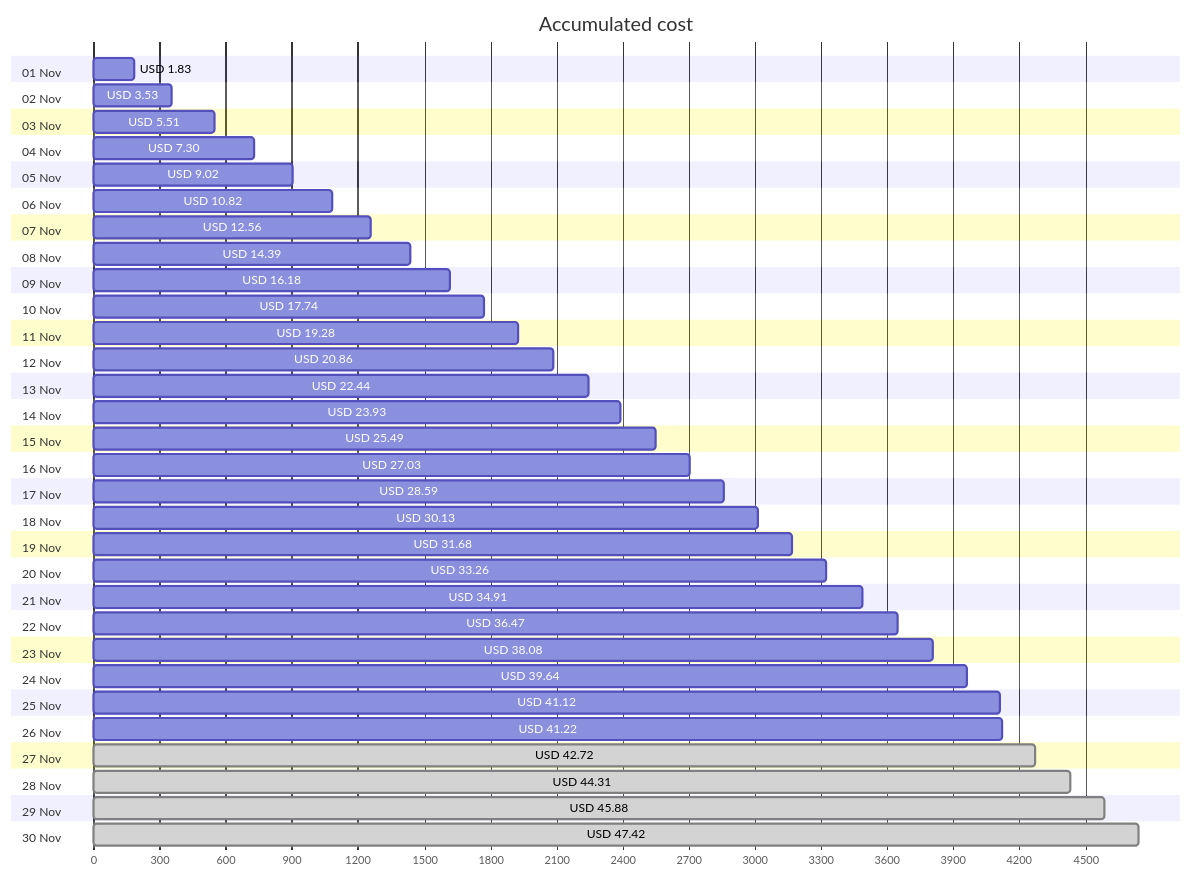
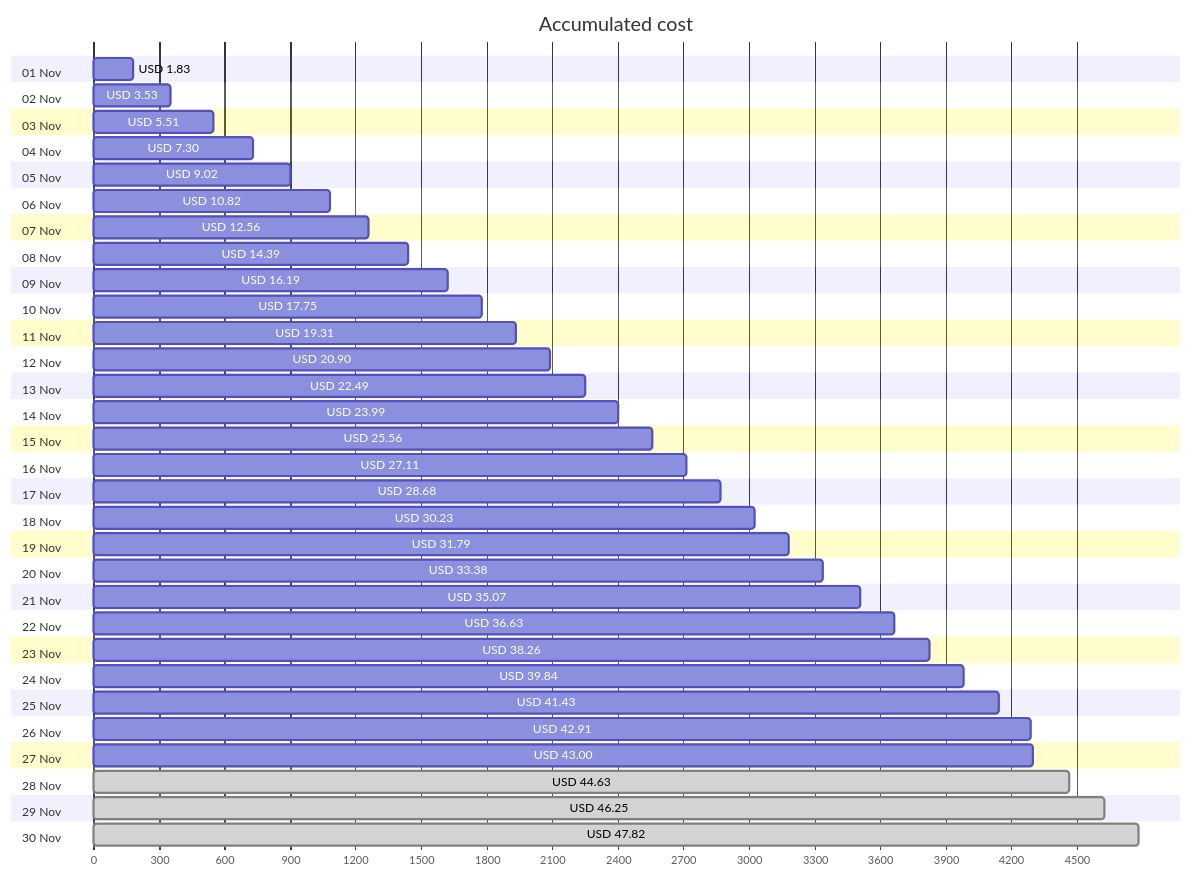
The first of 4 diagrams in cost-reports/personal-network/README.md (jpfulton/azure-personal-reports), drawn with Mermaid before and after one commit. The commit also changed other lines of this file and 8 other files, not shown here.

````diff
--- a/cost-reports/personal-network/README.md
+++ b/cost-reports/personal-network/README.md
@@ -20,66 +20,66 @@
 ```mermaid
 gantt
    title Accumulated cost
    dateFormat  X
    axisFormat %s
    section 01 Nov
    USD 1.83 :0, 183
    section 02 Nov
    USD 3.53 :0, 353
    section 03 Nov
    USD 5.51 :0, 551
    section 04 Nov
    USD 7.30 :0, 730
    section 05 Nov
    USD 9.02 :0, 902
    section 06 Nov
    USD 10.82 :0, 1082
    section 07 Nov
    USD 12.56 :0, 1256
    section 08 Nov
    USD 14.39 :0, 1439
    section 09 Nov
-   USD 16.18 :0, 1618
+   USD 16.19 :0, 1619
    section 10 Nov
-   USD 17.74 :0, 1774
+   USD 17.75 :0, 1775
    section 11 Nov
-   USD 19.28 :0, 1928
+   USD 19.31 :0, 1931
    section 12 Nov
-   USD 20.86 :0, 2086
+   USD 20.90 :0, 2090
    section 13 Nov
-   USD 22.44 :0, 2244
+   USD 22.49 :0, 2249
    section 14 Nov
-   USD 23.93 :0, 2393
+   USD 23.99 :0, 2399
    section 15 Nov
-   USD 25.49 :0, 2549
+   USD 25.56 :0, 2556
    section 16 Nov
-   USD 27.03 :0, 2703
+   USD 27.11 :0, 2711
    section 17 Nov
-   USD 28.59 :0, 2859
+   USD 28.68 :0, 2868
    section 18 Nov
-   USD 30.13 :0, 3013
+   USD 30.23 :0, 3023
    section 19 Nov
-   USD 31.68 :0, 3168
+   USD 31.79 :0, 3179
    section 20 Nov
-   USD 33.26 :0, 3326
+   USD 33.38 :0, 3338
    section 21 Nov
-   USD 34.91 :0, 3491
+   USD 35.07 :0, 3507
    section 22 Nov
-   USD 36.47 :0, 3647
+   USD 36.63 :0, 3663
    section 23 Nov
-   USD 38.08 :0, 3808
+   USD 38.26 :0, 3826
    section 24 Nov
-   USD 39.64 :0, 3964
+   USD 39.84 :0, 3984
    section 25 Nov
-   USD 41.12 :0, 4112
+   USD 41.43 :0, 4143
    section 26 Nov
-   USD 41.22 :0, 4122
+   USD 42.91 :0, 4291
    section 27 Nov
-   USD 42.72 : done, 0, 4272
+   USD 43.00 :0, 4300
    section 28 Nov
-   USD 44.31 : done, 0, 4431
+   USD 44.63 : done, 0, 4463
    section 29 Nov
-   USD 45.88 : done, 0, 4588
+   USD 46.25 : done, 0, 4625
    section 30 Nov
-   USD 47.42 : done, 0, 4742
+   USD 47.82 : done, 0, 4782
 ```
````
